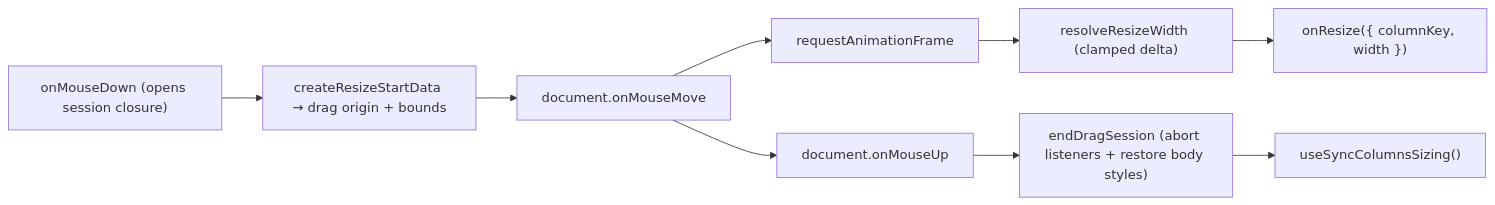
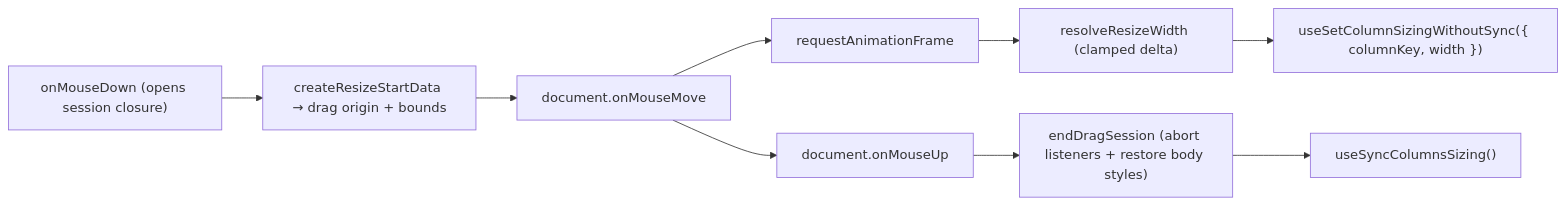
The first of 2 diagrams in packages/ui/src/components/Table/hooks/ARCHITECTURE.md (luciocabrera/lcabrera-stack), drawn with Mermaid before and after one commit. The commit also changed other lines of this file and 44 other files, not shown here.

````diff
--- a/packages/ui/src/components/Table/hooks/ARCHITECTURE.md
+++ b/packages/ui/src/components/Table/hooks/ARCHITECTURE.md
@@ -34,11 +53,11 @@
 ```mermaid
 graph LR
   MD["onMouseDown (opens session closure)"] --> Track["createResizeStartData → drag origin + bounds"]
   Track --> Move["document.onMouseMove"]
   Move --> RAF["requestAnimationFrame"]
   RAF --> Clamp["resolveResizeWidth (clamped delta)"]
-  Clamp --> Resize["onResize({ columnKey, width })"]
+  Clamp --> Resize["useSetColumnSizingWithoutSync({ columnKey, width })"]
   Move --> Up["document.onMouseUp"]
   Up --> End["endDragSession (abort listeners + restore body styles)"]
   End --> Sync["useSyncColumnsSizing()"]
 ```
````
